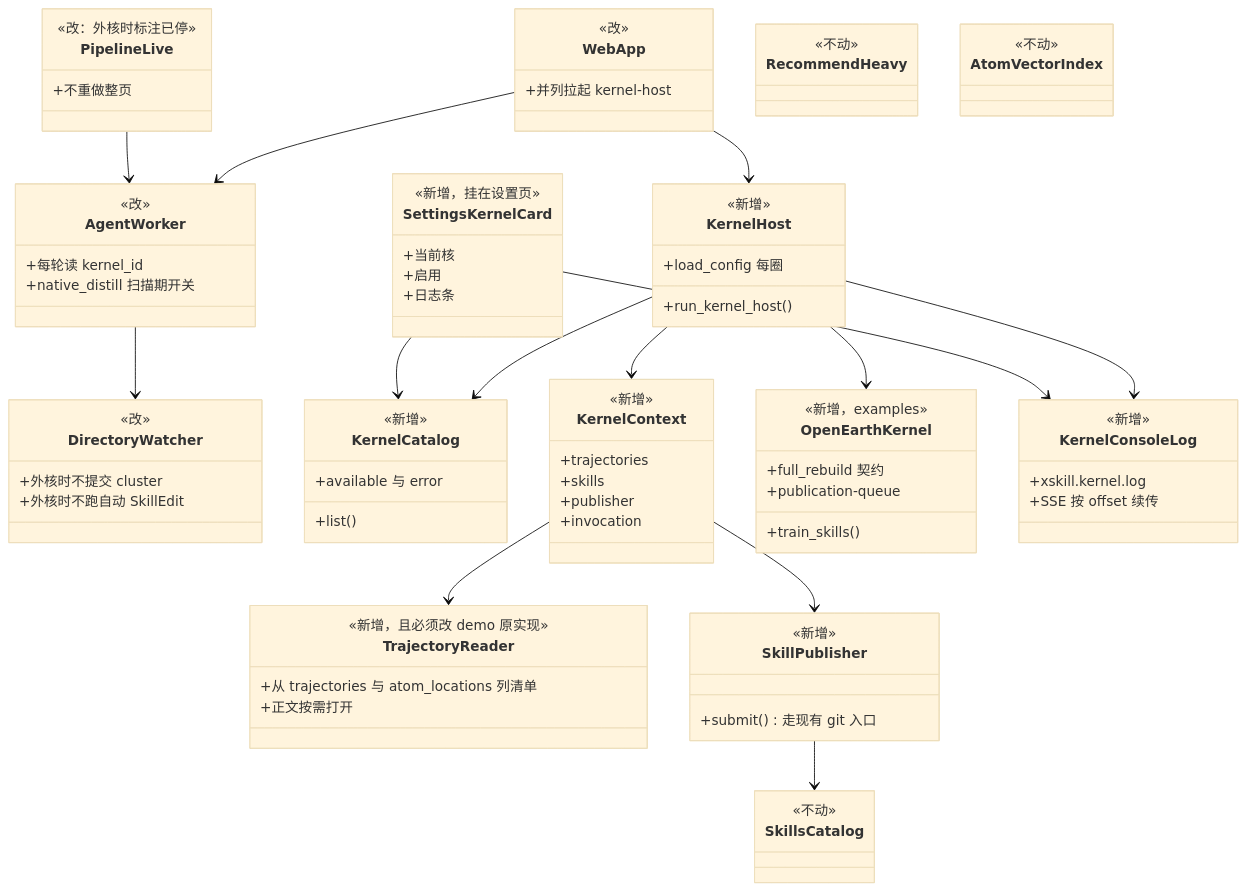
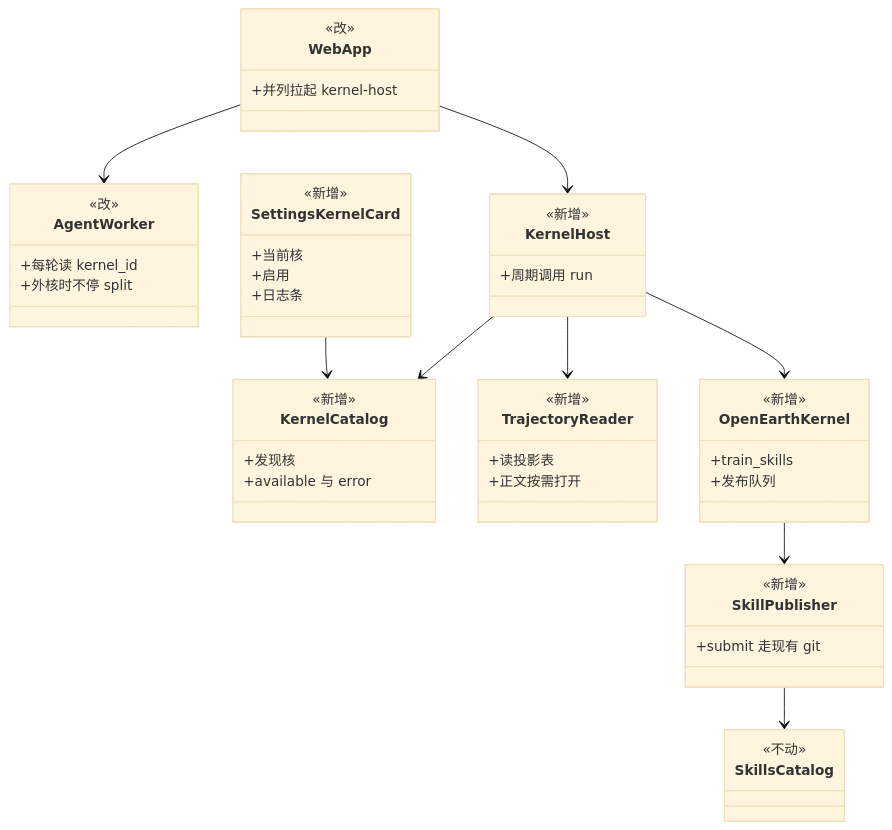
Before and after one commit to SkillNerds/xskill: the sixth of 6 diagrams in docs/plans/2026-08-27-openearth-landing-on-main.md, drawn with Mermaid (base theme). The commit also changed other lines of this file, not shown here.

First line of the commit message:
docs: put sequence and class diagrams first on the OE landing note

````diff
--- a/docs/plans/2026-08-27-openearth-landing-on-main.md
+++ b/docs/plans/2026-08-27-openearth-landing-on-main.md
@@ -282,81 +164,46 @@
     class AgentWorker {
         <<改>>
         +每轮读 kernel_id
-        +native_distill 扫描期开关
-    }
-    class DirectoryWatcher {
-        <<改>>
-        +外核时不提交 cluster
-        +外核时不跑自动 SkillEdit
+        +外核时不停 split
     }
     class KernelHost {
         <<新增>>
-        +run_kernel_host()
-        +load_config 每圈
+        +周期调用 run
     }
     class KernelCatalog {
         <<新增>>
-        +list()
+        +发现核
         +available 与 error
     }
-    class KernelContext {
+    class TrajectoryReader {
         <<新增>>
-        +trajectories
-        +skills
-        +publisher
-        +invocation
-    }
-    class TrajectoryReader {
-        <<新增，且必须改 demo 原实现>>
-        +从 trajectories 与 atom_locations 列清单
+        +读投影表
         +正文按需打开
     }
     class SkillPublisher {
         <<新增>>
-        +submit() 走现有 git 入口
+        +submit 走现有 git
     }
     class OpenEarthKernel {
-        <<新增，examples>>
-        +train_skills()
-        +full_rebuild 契约
-        +publication-queue
-    }
-    class KernelConsoleLog {
         <<新增>>
-        +xskill.kernel.log
-        +SSE 按 offset 续传
+        +train_skills
+        +发布队列
     }
     class SettingsKernelCard {
-        <<新增，挂在设置页>>
+        <<新增>>
         +当前核
         +启用
         +日志条
     }
-    class PipelineLive {
-        <<改：外核时标注已停>>
-        +不重做整页
-    }
     class SkillsCatalog {
         <<不动>>
     }
-    class RecommendHeavy {
-        <<不动>>
-    }
-    class AtomVectorIndex {
-        <<不动>>
-    }
-
     WebApp --> AgentWorker
     WebApp --> KernelHost
-    AgentWorker --> DirectoryWatcher
     KernelHost --> KernelCatalog
-    KernelHost --> KernelContext
-    KernelContext --> TrajectoryReader
-    KernelContext --> SkillPublisher
+    KernelHost --> TrajectoryReader
     KernelHost --> OpenEarthKernel
-    KernelHost --> KernelConsoleLog
+    OpenEarthKernel --> SkillPublisher
+    SkillPublisher --> SkillsCatalog
     SettingsKernelCard --> KernelCatalog
-    SettingsKernelCard --> KernelConsoleLog
-    PipelineLive --> AgentWorker
-    SkillPublisher --> SkillsCatalog
 ```
````
